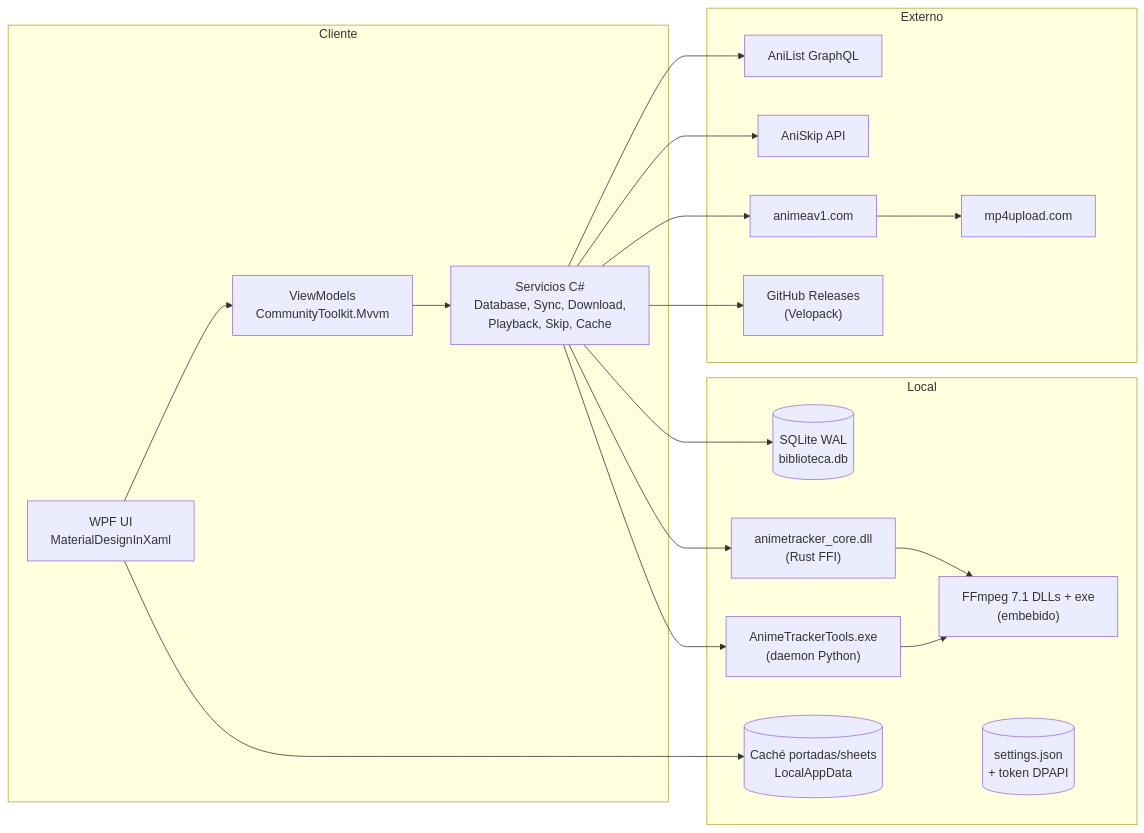
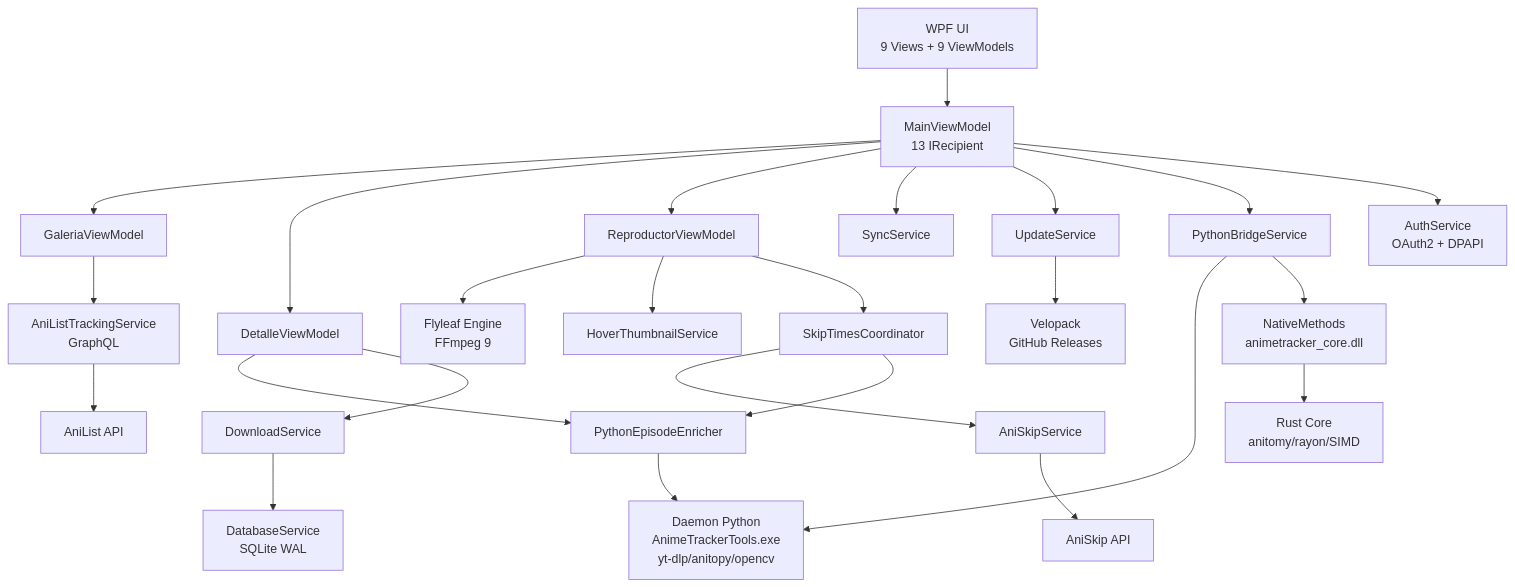
One commit to rodriguezrobinj/AnimeLocalTracker changed the first of 3 diagrams in AUDITORIA_INTEGRAL.md. Above: the diagram before and after it, drawn with Mermaid. The commit also changed other lines of this file and 6 other files, not shown here.

````diff
--- a/AUDITORIA_INTEGRAL.md
+++ b/AUDITORIA_INTEGRAL.md
@@ -289,31 +610,23 @@
 ```mermaid
-flowchart LR
-    subgraph Cliente
-        UI["WPF UI<br/>MaterialDesignInXaml"]
-        VMs["ViewModels<br/>CommunityToolkit.Mvvm"]
-        SVC["Servicios C#<br/>Database, Sync, Download,<br/>Playback, Skip, Cache"]
-    end
-    subgraph Local
-        DB[(SQLite WAL<br/>biblioteca.db)]
-        FFM["FFmpeg 7.1 DLLs + exe<br/>(embebido)"]
-        RUST["animetracker_core.dll<br/>(Rust FFI)"]
-        PY["AnimeTrackerTools.exe<br/>(daemon Python)"]
-        SET[(settings.json<br/>+ token DPAPI)]
-        CACHE[("Caché portadas/sheets<br/>LocalAppData")]
-    end
-    subgraph Externo
-        ANI["AniList GraphQL"]
-        SKIP["AniSkip API"]
-        AV1["animeav1.com"]
-        MP4["mp4upload.com"]
-        GIT["GitHub Releases<br/>(Velopack)"]
-    end
-    UI --> VMs --> SVC
-    SVC --> DB
-    SVC --> RUST --> FFM
-    SVC --> PY --> FFM
-    SVC --> ANI & SKIP
-    SVC --> AV1 --> MP4
-    SVC --> GIT
-    UI --> CACHE
+flowchart TD
+    UI[WPF UI<br/>9 Views + 9 ViewModels] --> MV[MainViewModel<br/>13 IRecipient]
+    MV --> GV[GaleriaViewModel] & DV[DetalleViewModel] & RV[ReproductorViewModel]
+    DV --> PES[PythonEpisodeEnricher]
+    DV --> DS[DownloadService]
+    RV --> F[Flyleaf Engine<br/>FFmpeg 9]
+    RV --> HTS[HoverThumbnailService]
+    RV --> STC[SkipTimesCoordinator]
+    STC --> ASS[AniSkipService] & PES
+    MV --> SS[SyncService] & US[UpdateService]
+    GV --> ITS[AniListTrackingService<br/>GraphQL]
+    MV --> PBS[PythonBridgeService]
+    PBS --> DAEMON[Daemon Python<br/>AnimeTrackerTools.exe<br/>yt-dlp/anitopy/opencv]
+    PES --> DAEMON
+    PBS --> RS[NativeMethods<br/>animetracker_core.dll]
+    RS --> RUST[Rust Core<br/>anitomy/rayon/SIMD]
+    DS --> DBS[DatabaseService<br/>SQLite WAL]
+    MV --> AU[AuthService<br/>OAuth2 + DPAPI]
+    US --> VELO[Velopack<br/>GitHub Releases]
+    ITS --> ANI[AniList API]
+    ASS --> SKIP[AniSkip API]
 ```
````
